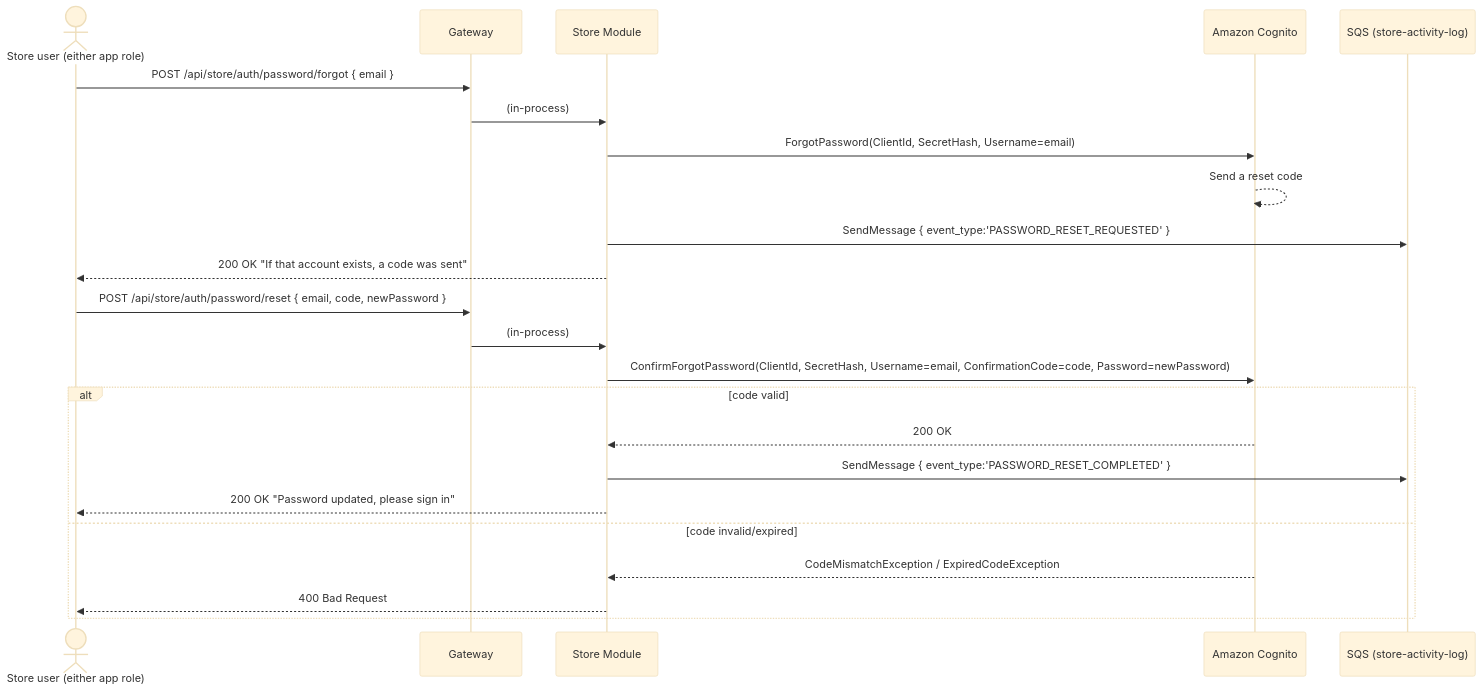
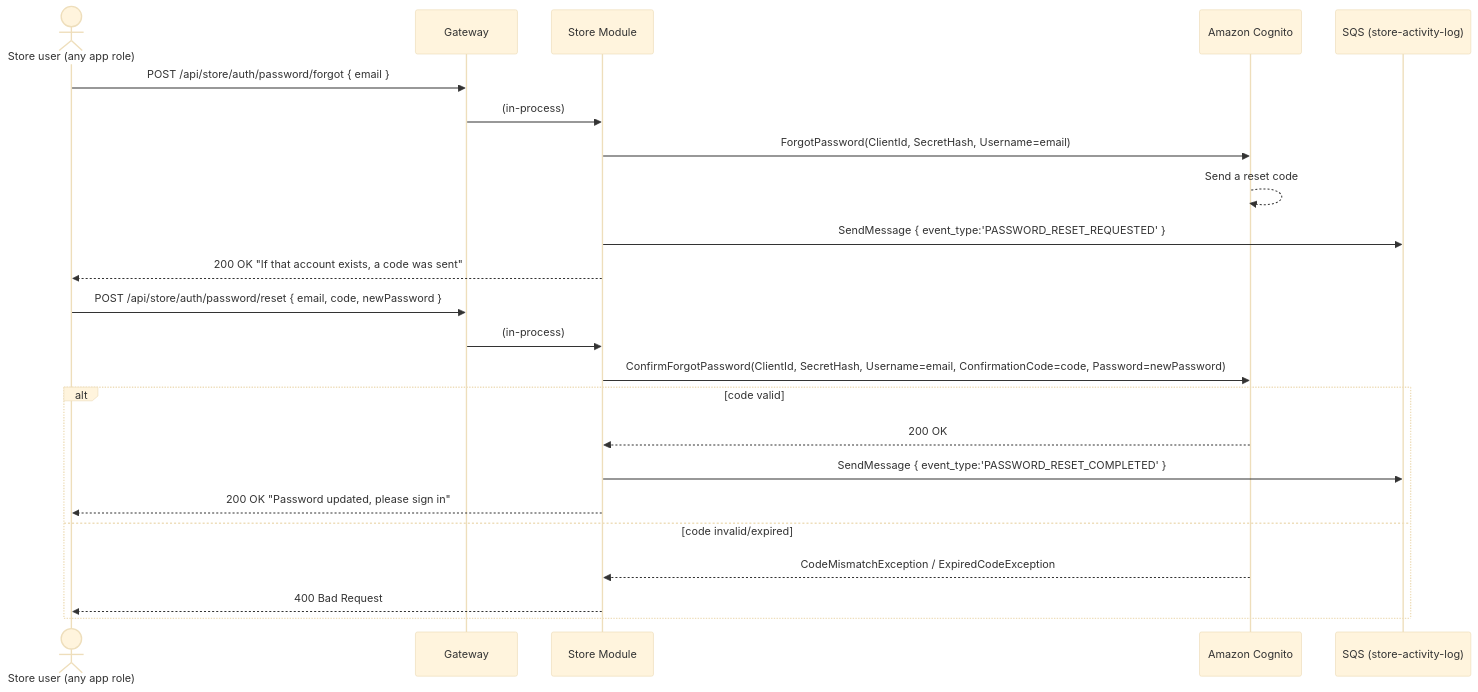
One commit to szhanggit/appointmentsystemdesign changed the fifth of 6 diagrams in usercasestudy/growayshop-registration-workflow.md. Above: the diagram before and after it, drawn with Mermaid (base theme). The commit also changed other lines of this file and 6 other files, not shown here.

````diff
--- a/usercasestudy/growayshop-registration-workflow.md
+++ b/usercasestudy/growayshop-registration-workflow.md
@@ -229,27 +291,27 @@
 ```mermaid
 sequenceDiagram
-    actor U as Store user (either app role)
+    actor U as Store user (any app role)
     participant GW as Gateway
     participant SM as Store Module
     participant SCOG as Amazon Cognito
     participant SQSQ as SQS (store-activity-log)
 
     U->>GW: POST /api/store/auth/password/forgot { email }
     GW->>SM: (in-process)
     SM->>SCOG: ForgotPassword(ClientId, SecretHash, Username=email)
     SCOG-->>SCOG: Send a reset code
     SM->>SQSQ: SendMessage { event_type:'PASSWORD_RESET_REQUESTED' }
     SM-->>U: 200 OK "If that account exists, a code was sent"
 
     U->>GW: POST /api/store/auth/password/reset { email, code, newPassword }
     GW->>SM: (in-process)
     SM->>SCOG: ConfirmForgotPassword(ClientId, SecretHash, Username=email, ConfirmationCode=code, Password=newPassword)
     alt code valid
         SCOG-->>SM: 200 OK
         SM->>SQSQ: SendMessage { event_type:'PASSWORD_RESET_COMPLETED' }
         SM-->>U: 200 OK "Password updated, please sign in"
     else code invalid/expired
         SCOG-->>SM: CodeMismatchException / ExpiredCodeException
         SM-->>U: 400 Bad Request
     end
 ```
````
